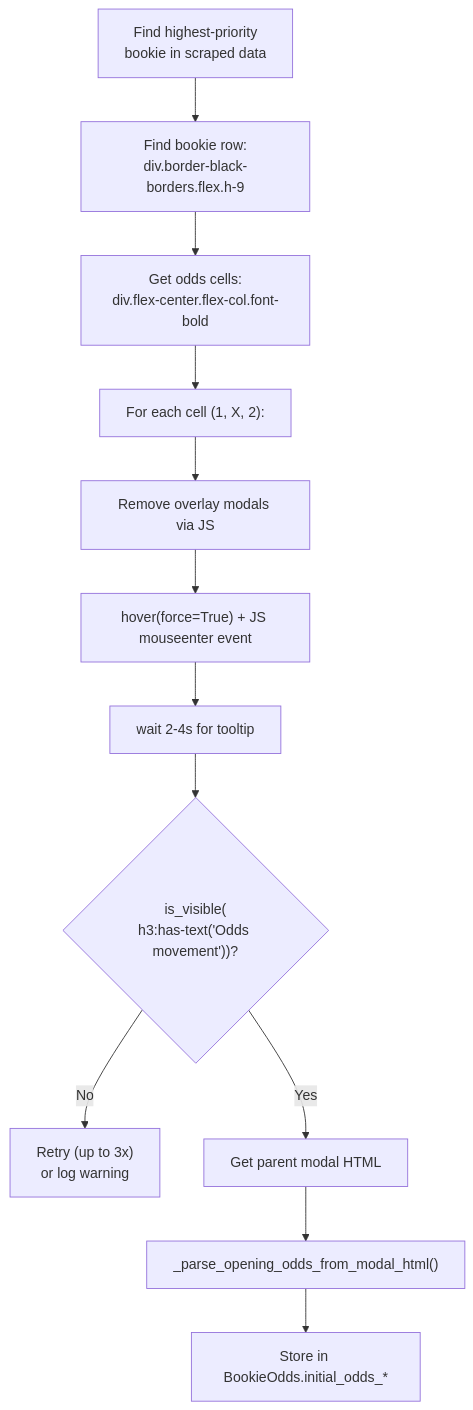
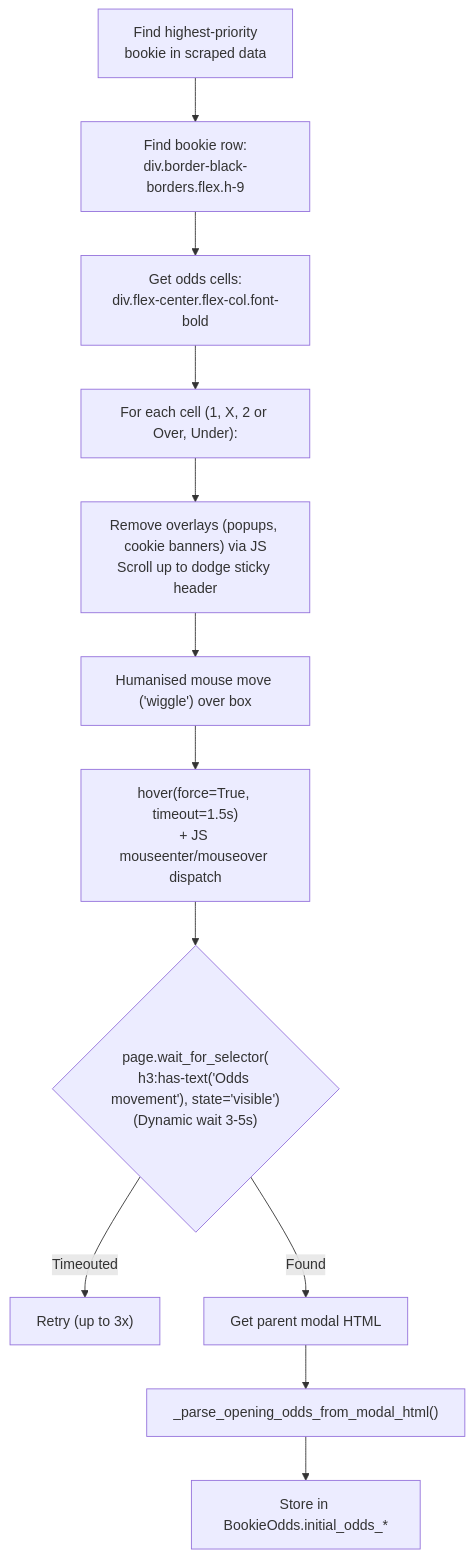
The fifth of 5 diagrams in oddsportal_scraping.md (GadielRP/scraping_with_api), drawn with Mermaid before and after one commit. The commit also changed other lines of this file and 3 other files, not shown here.

````diff
--- a/oddsportal_scraping.md
+++ b/oddsportal_scraping.md
@@ -387,14 +452,14 @@
 ```mermaid
 flowchart TD
     A["Find highest-priority\nbookie in scraped data"] --> B["Find bookie row:\ndiv.border-black-borders.flex.h-9"]
     B --> C["Get odds cells:\ndiv.flex-center.flex-col.font-bold"]
-    C --> D["For each cell (1, X, 2):"]
-    D --> E["Remove overlay modals via JS"]
-    E --> F["hover(force=True) + JS mouseenter event"]
-    F --> G["wait 2-4s for tooltip"]
-    G --> H{"is_visible(\nh3:has-text('Odds movement'))?"}
-    H -- No --> I["Retry (up to 3x)\nor log warning"]
-    H -- Yes --> J["Get parent modal HTML"]
+    C --> D["For each cell (1, X, 2 or Over, Under):"]
+    D --> E["Remove overlays (popups, cookie banners) via JS\nScroll up to dodge sticky header"]
+    E --> F["Humanised mouse move ('wiggle') over box"]
+    F --> G["hover(force=True, timeout=1.5s)\n+ JS mouseenter/mouseover dispatch"]
+    G --> H{"page.wait_for_selector(\nh3:has-text('Odds movement'), state='visible')\n(Dynamic wait 3-5s)"}
+    H -- Timeouted --> I["Retry (up to 3x)"]
+    H -- Found --> J["Get parent modal HTML"]
     J --> K["_parse_opening_odds_from_modal_html()"]
     K --> L["Store in BookieOdds.initial_odds_*"]
 ```
````
